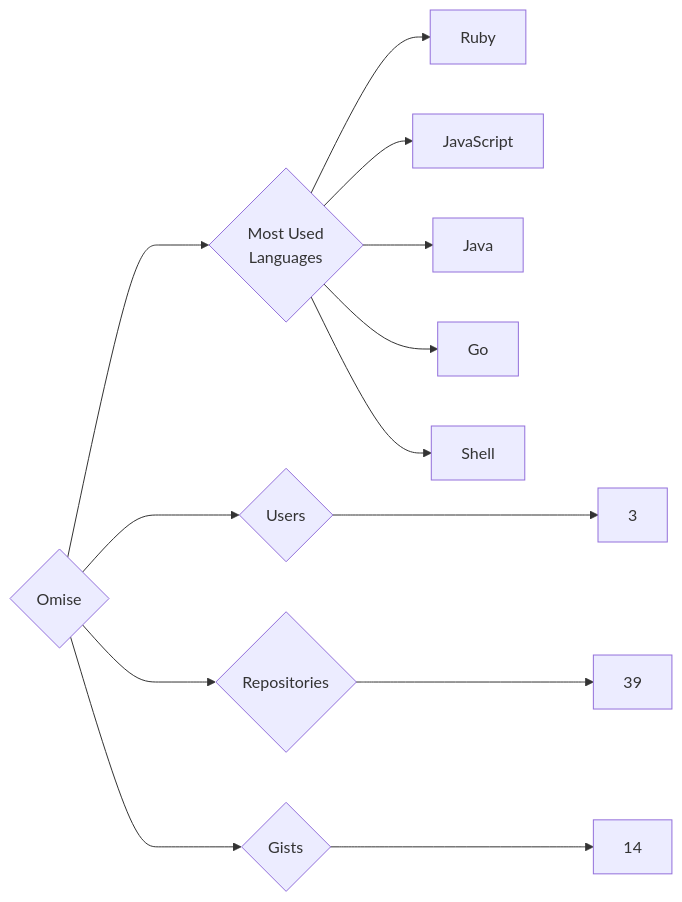
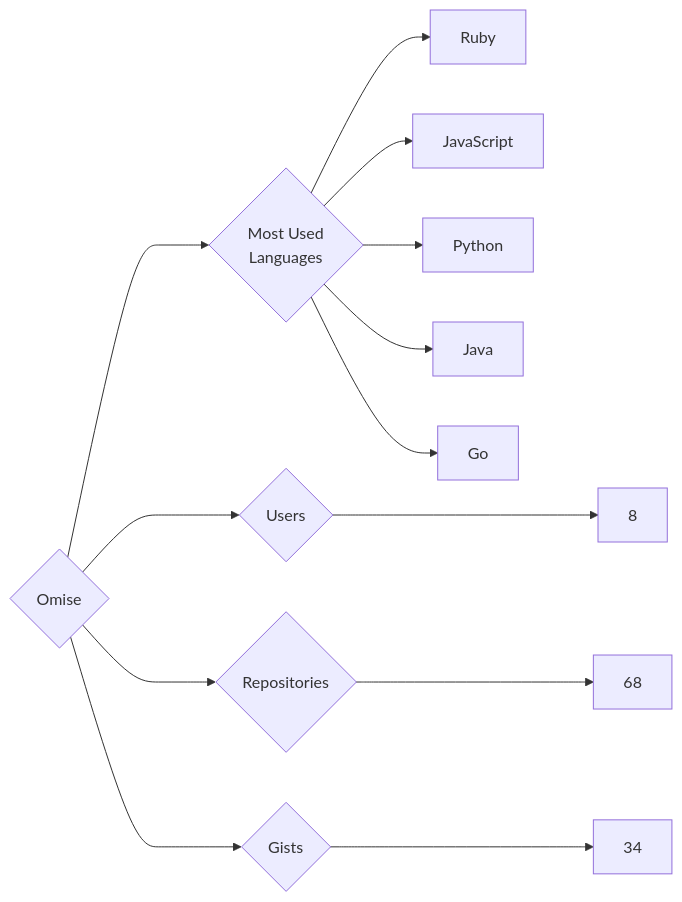
Before and after one commit to trickest/insiders: the diagram in targets/Omise/README.md, drawn with Mermaid. The commit also changed 1696 other files, not shown here.

````diff
--- a/targets/Omise/README.md
+++ b/targets/Omise/README.md
@@ -3,13 +3,13 @@
 ```mermaid
 graph LR
 COMPANY_NAME{Omise}
-COMPANY_NAME ---> U{Users} ---> UN[3]
-COMPANY_NAME ---> R{Repositories} ---> RN[39]
-COMPANY_NAME ---> G{Gists} ---> GN[14]
+COMPANY_NAME ---> U{Users} ---> UN[8]
+COMPANY_NAME ---> R{Repositories} ---> RN[68]
+COMPANY_NAME ---> G{Gists} ---> GN[34]
 COMPANY_NAME ---> ML{Most Used<br>Languages}
 ML --> Ruby[Ruby]
 ML --> JavaScript[JavaScript]
+ML --> Python[Python]
 ML --> Java[Java]
 ML --> Go[Go]
-ML --> Shell[Shell]
 ```
````
